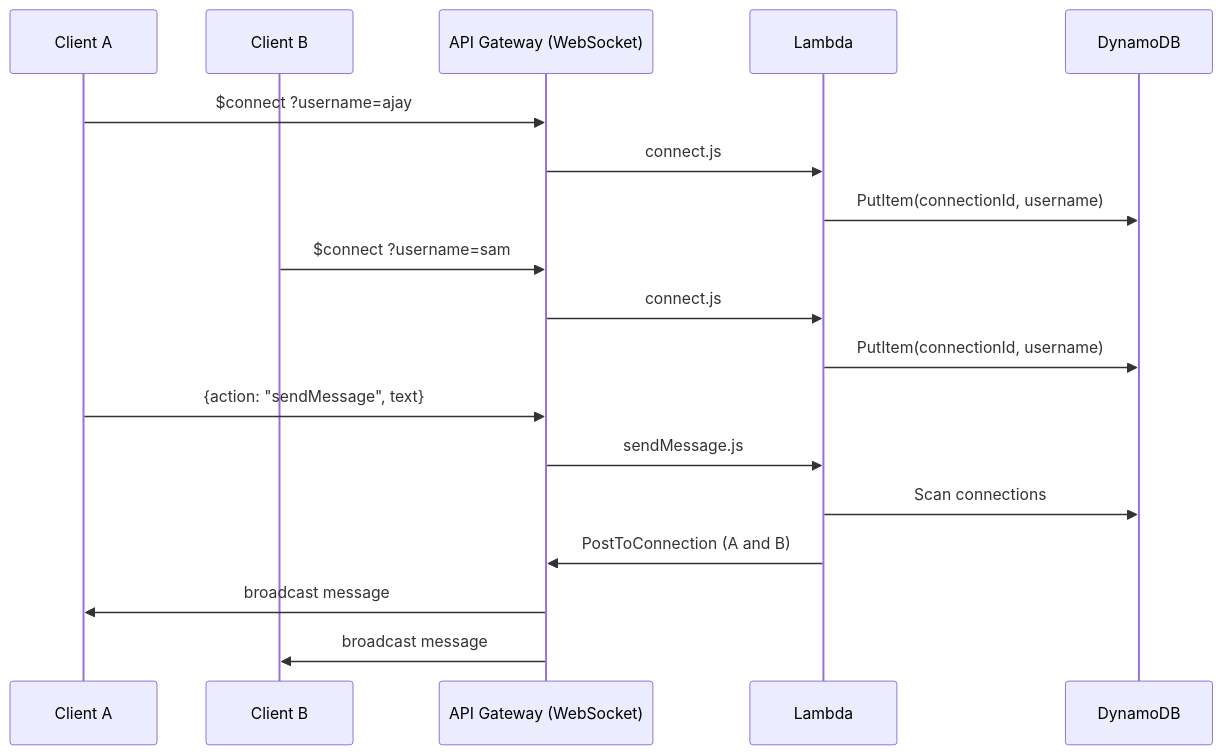
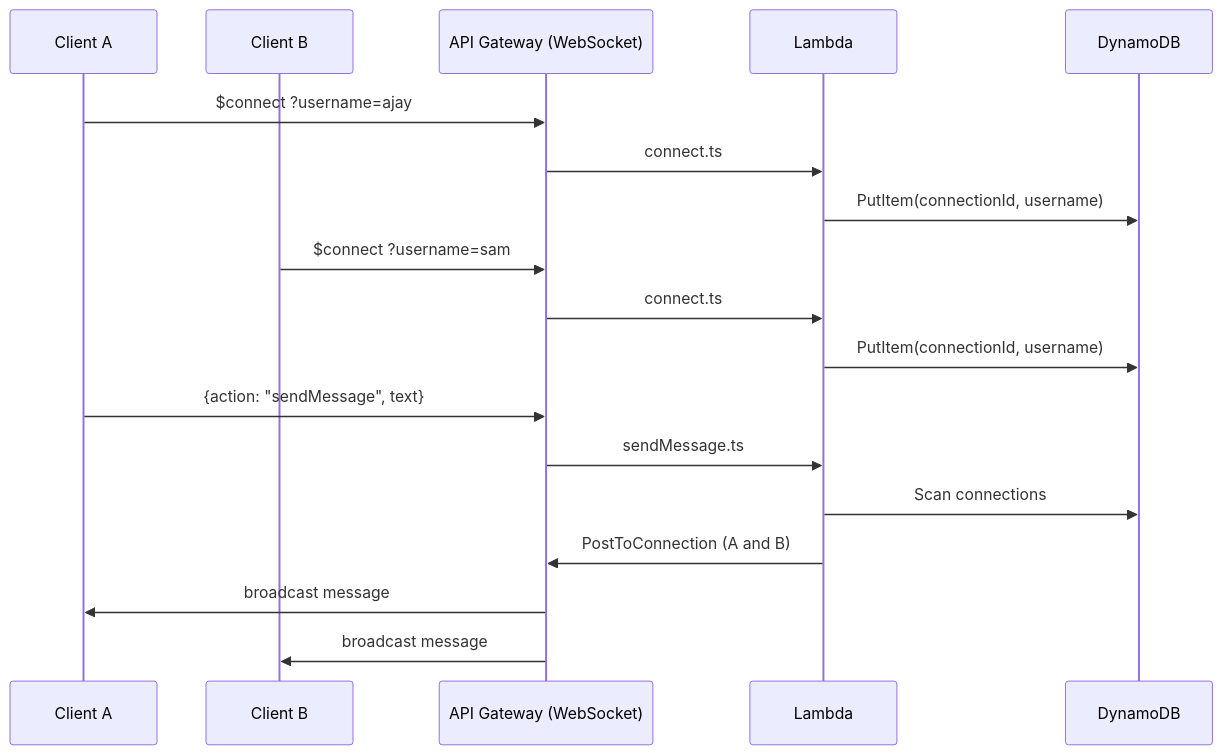
The diagram in README.md (ajayshah369/realtime-presence-chat), drawn with Mermaid before and after one commit. The commit also changed other lines of this file and 12 other files, not shown here.

First line of the commit message:
fix(lambda): resolve strict TypeScript errors in sendMessage.ts

````diff
--- a/README.md
+++ b/README.md
@@ -7,23 +7,23 @@
 ```mermaid
 sequenceDiagram
     participant Client A
     participant Client B
     participant API Gateway (WebSocket)
     participant Lambda
     participant DynamoDB
 
     Client A->>API Gateway (WebSocket): $connect ?username=ajay
-    API Gateway (WebSocket)->>Lambda: connect.js
+    API Gateway (WebSocket)->>Lambda: connect.ts
     Lambda->>DynamoDB: PutItem(connectionId, username)
 
     Client B->>API Gateway (WebSocket): $connect ?username=sam
-    API Gateway (WebSocket)->>Lambda: connect.js
+    API Gateway (WebSocket)->>Lambda: connect.ts
     Lambda->>DynamoDB: PutItem(connectionId, username)
 
     Client A->>API Gateway (WebSocket): {action: "sendMessage", text}
-    API Gateway (WebSocket)->>Lambda: sendMessage.js
+    API Gateway (WebSocket)->>Lambda: sendMessage.ts
     Lambda->>DynamoDB: Scan connections
     Lambda->>API Gateway (WebSocket): PostToConnection (A and B)
     API Gateway (WebSocket)->>Client A: broadcast message
     API Gateway (WebSocket)->>Client B: broadcast message
 ```
````
